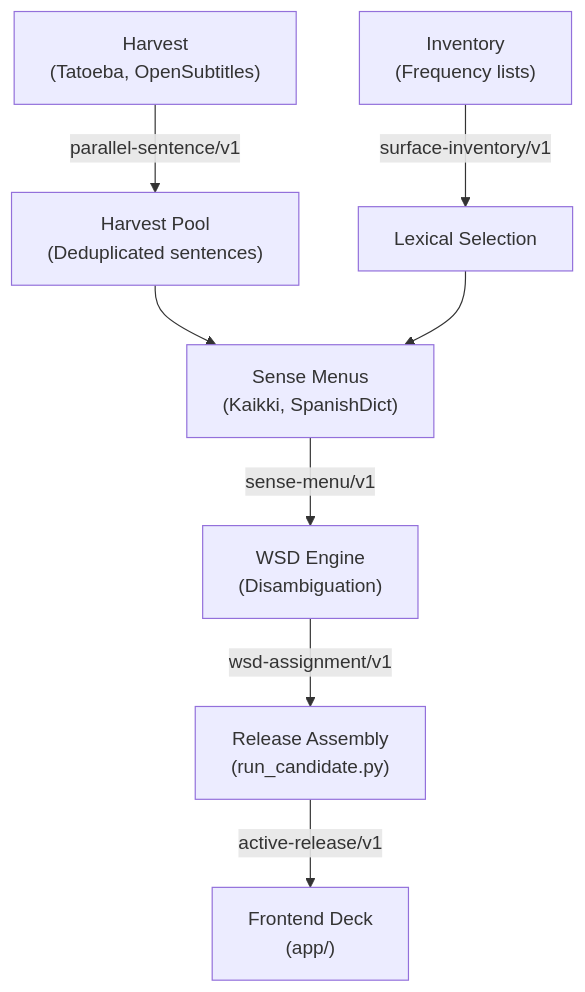
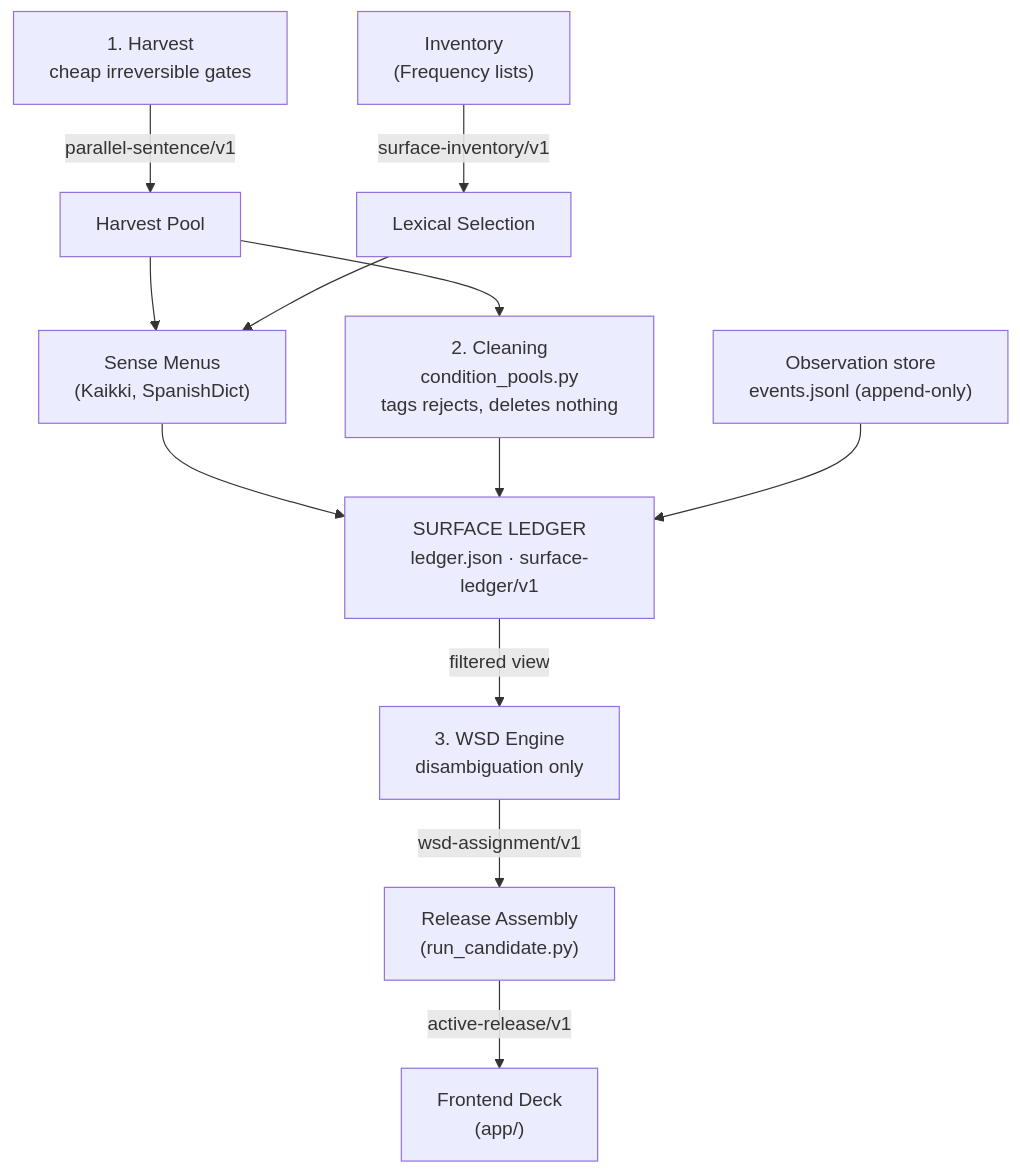
Before and after one commit to RabbiJoshy/Fluency-App: the diagram in REPO_MAP.md, drawn with Mermaid. The commit also changed other lines of this file and 11 other files, not shown here.

````diff
--- a/REPO_MAP.md
+++ b/REPO_MAP.md
@@ -22,9 +22,11 @@
 ```mermaid
 graph TD
-    A["Harvest<br/>(Tatoeba, OpenSubtitles)"] -->|parallel-sentence/v1| B["Harvest Pool<br/>(Deduplicated sentences)"]
+    A["1. Harvest<br/>cheap irreversible gates"] -->|parallel-sentence/v1| B["Harvest Pool"]
     C["Inventory<br/>(Frequency lists)"] -->|surface-inventory/v1| D["Lexical Selection"]
     B & D --> E["Sense Menus<br/>(Kaikki, SpanishDict)"]
-    E -->|sense-menu/v1| F["WSD Engine<br/>(Disambiguation)"]
+    B --> P["2. Cleaning<br/>condition_pools.py<br/>tags rejects, deletes nothing"]
+    E & P & O["Observation store<br/>events.jsonl (append-only)"] --> L["SURFACE LEDGER<br/>ledger.json · surface-ledger/v1"]
+    L -->|filtered view| F["3. WSD Engine<br/>disambiguation only"]
     F -->|wsd-assignment/v1| G["Release Assembly<br/>(run_candidate.py)"]
     G -->|active-release/v1| H["Frontend Deck<br/>(app/)"]
 ```
````
